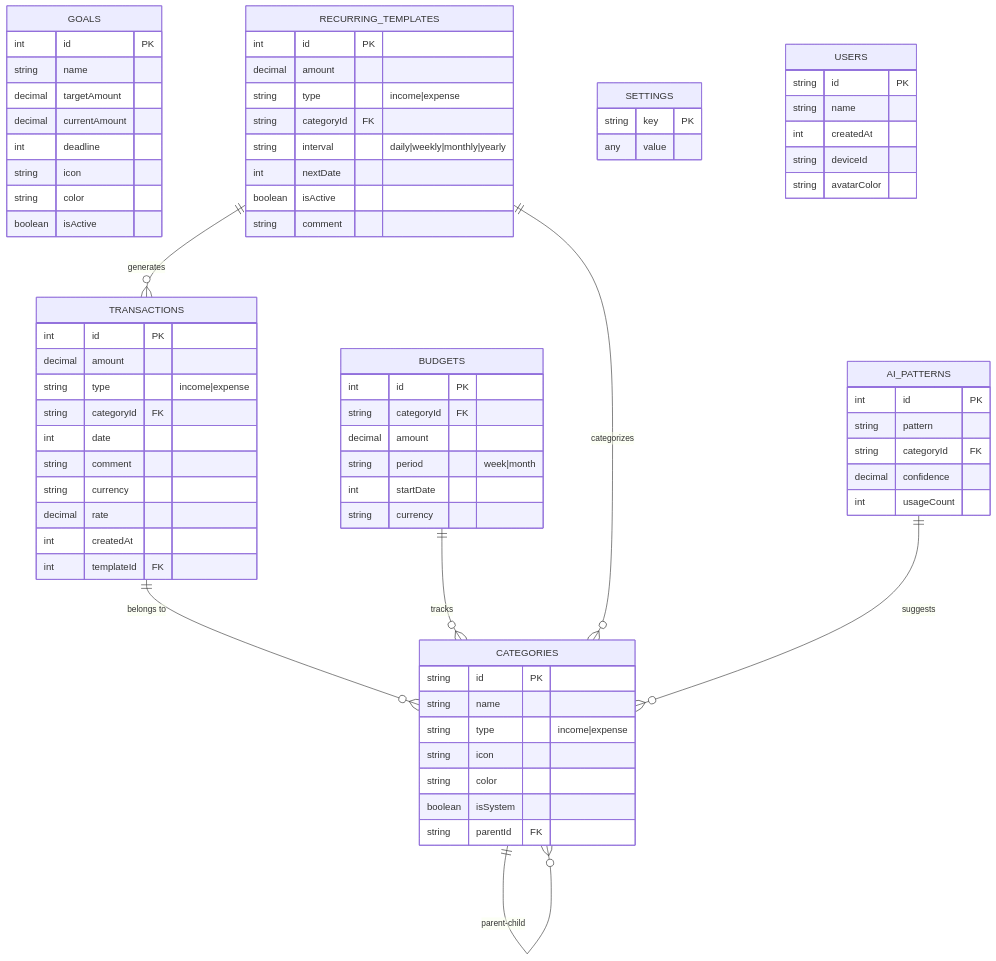
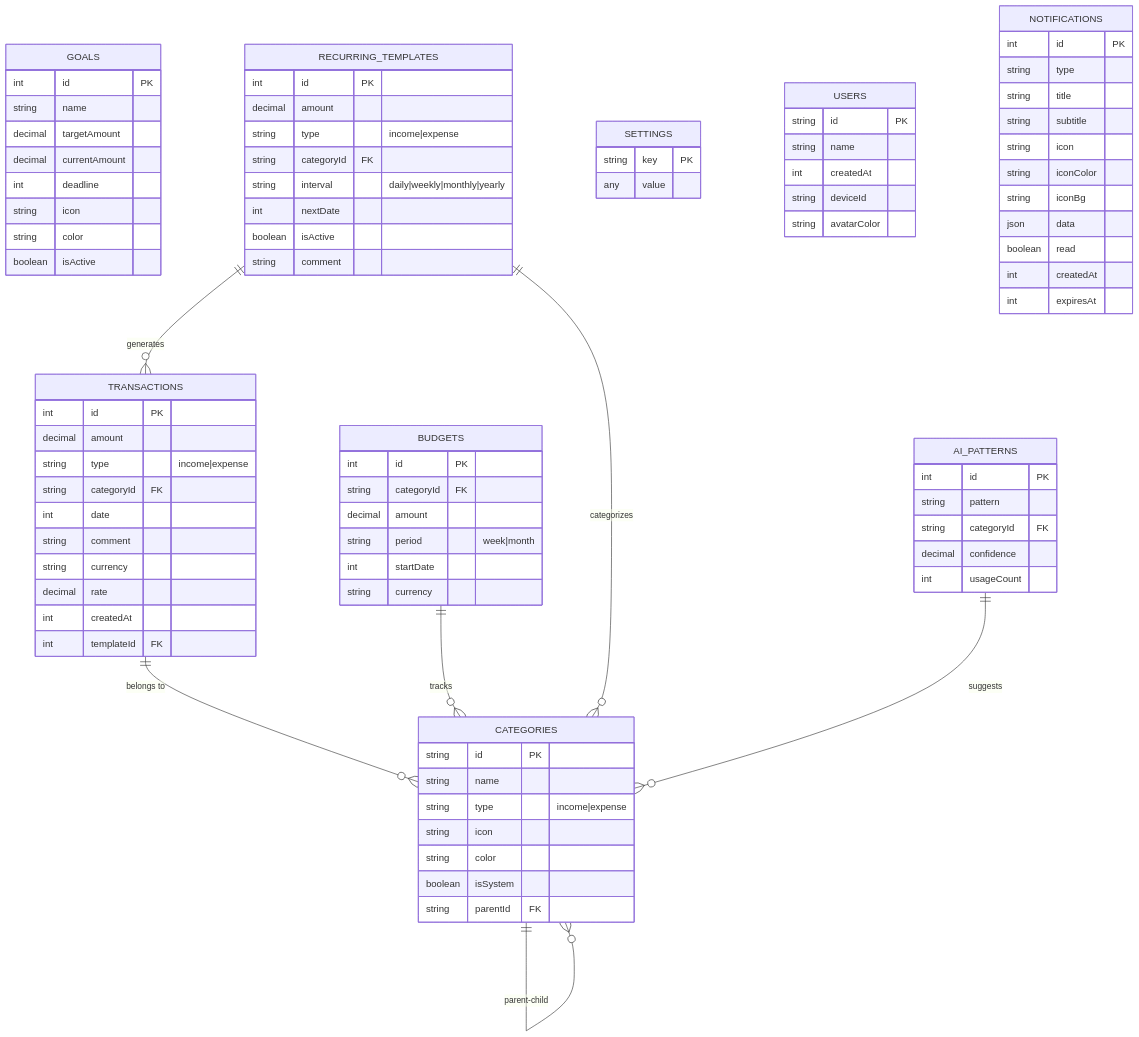
Before and after one commit to Shadovv-Government/Finly: the diagram in DATABASE_SCHEMA.md, drawn with Mermaid. The commit also changed other lines of this file and 12 other files, not shown here.

```diff
--- a/DATABASE_SCHEMA.md
+++ b/DATABASE_SCHEMA.md
@@ -81,6 +81,20 @@
         string avatarColor
     }
 
+    NOTIFICATIONS {
+        int id PK
+        string type
+        string title
+        string subtitle
+        string icon
+        string iconColor
+        string iconBg
+        json data
+        boolean read
+        int createdAt
+        int expiresAt
+    }
+
     TRANSACTIONS ||--o{ CATEGORIES : "belongs to"
     BUDGETS ||--o{ CATEGORIES : "tracks"
     RECURRING_TEMPLATES ||--o{ CATEGORIES : "categorizes"
```
